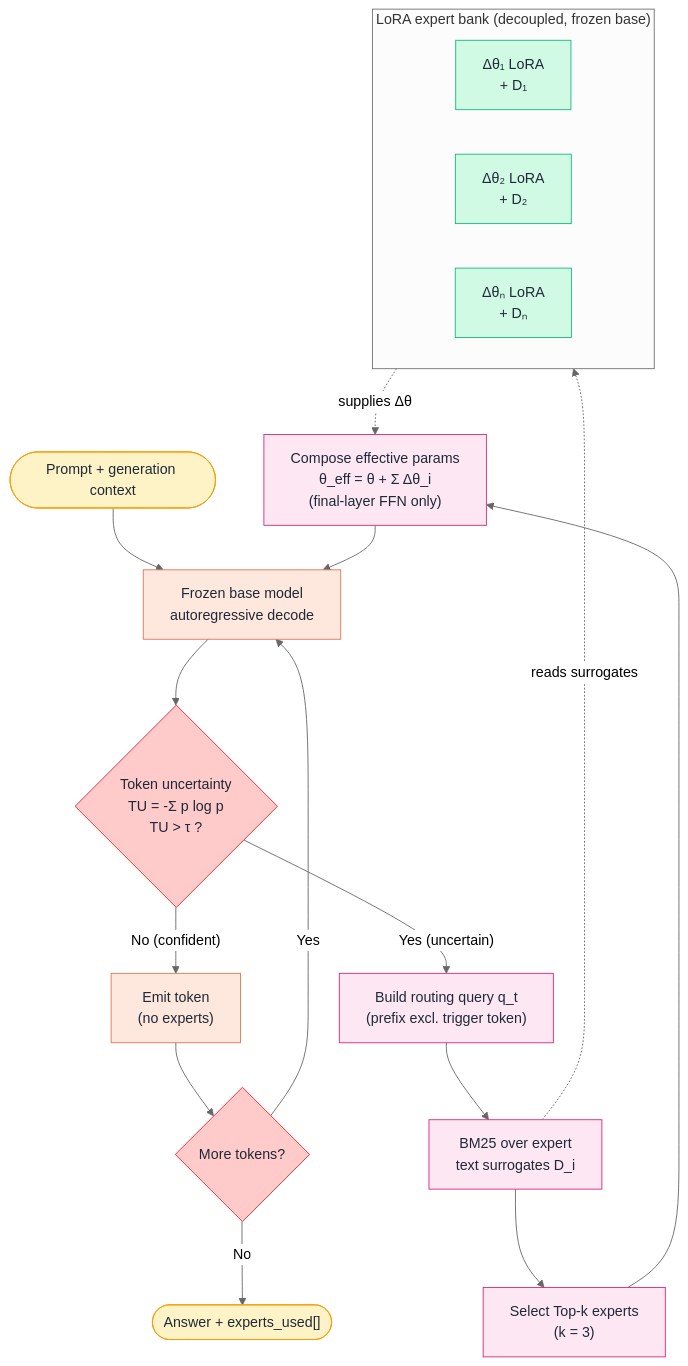
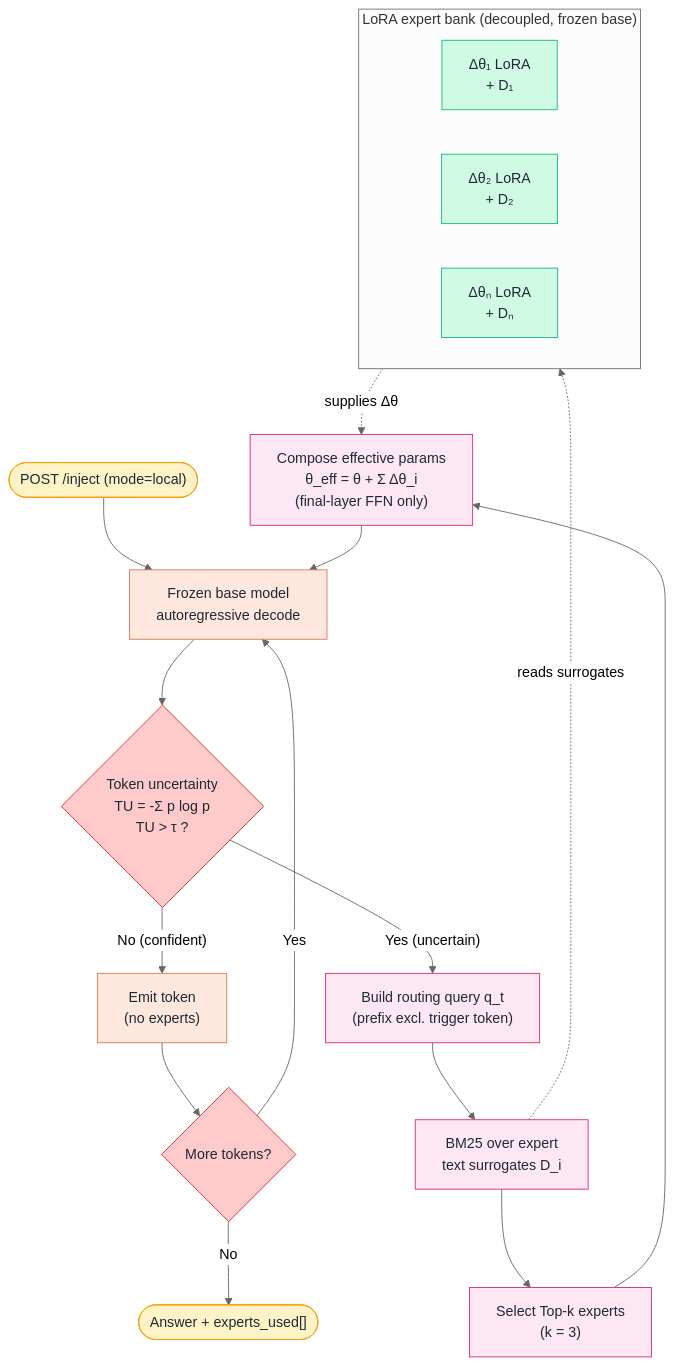
Before and after one commit to tonylnng/gateforge-loom: the eighth of 9 diagrams in README.md, drawn with Mermaid (neutral theme). The commit also changed other lines of this file and 2 other files, not shown here.

First line of the commit message:
docs(dmoe): add no-GPU AI Gateway runtime mode alongside self-hosted GPU mode

````diff
--- a/README.md
+++ b/README.md
@@ -490,34 +524,34 @@
 ```mermaid
 flowchart TB
-    IN(["Prompt + generation context"]) --> DEC["Frozen base model<br/>autoregressive decode"]
+    IN(["POST /inject (mode=local)"]) --> DEC["Frozen base model<br/>autoregressive decode"]
     DEC --> TU{"Token uncertainty<br/>TU = -Σ p log p<br/>TU &gt; τ ?"}
     TU -- "No (confident)" --> EMIT["Emit token<br/>(no experts)"]
     TU -- "Yes (uncertain)" --> Q["Build routing query q_t<br/>(prefix excl. trigger token)"]
     Q --> BM25["BM25 over expert<br/>text surrogates D_i"]
     BM25 --> SEL["Select Top-k experts<br/>(k = 3)"]
     SEL --> MERGE["Compose effective params<br/>θ_eff = θ + Σ Δθ_i<br/>(final-layer FFN only)"]
     MERGE --> DEC
     EMIT --> MORE{"More tokens?"}
     MORE -- "Yes" --> DEC
     MORE -- "No" --> OUT(["Answer + experts_used[]"])
 
     subgraph Bank["LoRA expert bank (decoupled, frozen base)"]
         direction LR
         E1["Δθ₁ LoRA<br/>+ D₁"]
         E2["Δθ₂ LoRA<br/>+ D₂"]
         E3["Δθₙ LoRA<br/>+ Dₙ"]
     end
     BM25 -.reads surrogates.-> Bank
     Bank -.supplies Δθ.-> MERGE
 
     classDef base    fill:#FEE7DC,stroke:#D97757,color:#1F2937;
     classDef gate    fill:#FECACA,stroke:#DC2626,color:#1F2937;
     classDef know    fill:#FCE7F3,stroke:#DB2777,color:#1F2937;
     classDef store   fill:#D1FAE5,stroke:#10B981,color:#1F2937;
     classDef out     fill:#FEF3C7,stroke:#F59E0B,color:#1F2937;
     class DEC,EMIT base
     class TU,MORE gate
     class Q,BM25,SEL,MERGE know
     class E1,E2,E3 store
     class IN,OUT out
 ```
````
